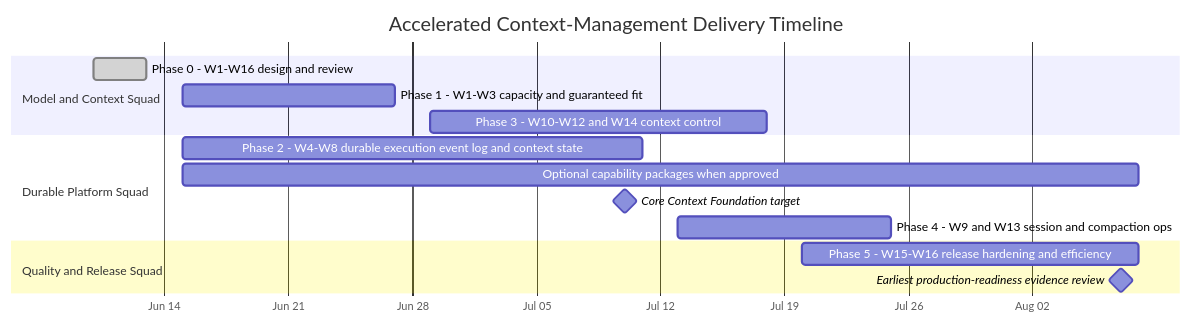
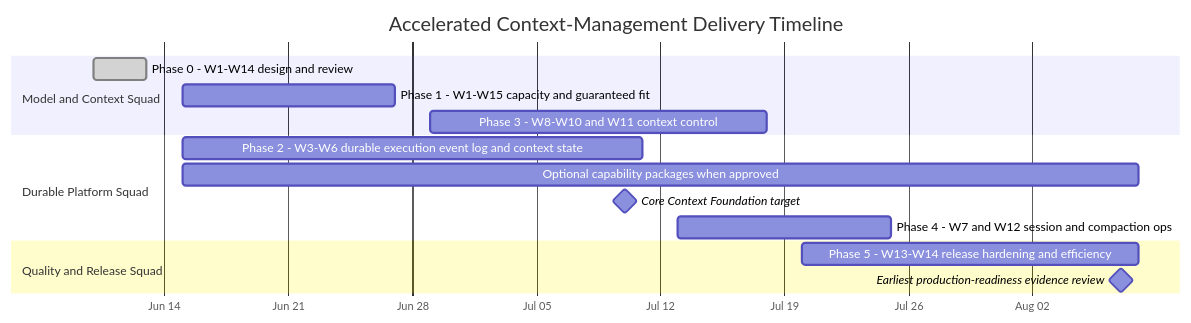
Before and after one commit to ModelEngine-Group/nexent: the fifth of 6 diagrams in doc/working/context-management-workstreams/context-management-production-plan.md, drawn with Mermaid. The commit also changed other lines of this file and 16 other files, not shown here.

First line of the commit message:
docs: renumber W-IDs to match new development sequence

````diff
--- a/doc/working/context-management-workstreams/context-management-production-plan.md
+++ b/doc/working/context-management-workstreams/context-management-production-plan.md
@@ -1161,21 +1161,21 @@
 ```mermaid
 gantt
     title Accelerated Context-Management Delivery Timeline
     dateFormat  YYYY-MM-DD
     axisFormat  %b %d
 
     section Model and Context Squad
-    Phase 0 - W1-W16 design and review                 :done, p0, 2026-06-10, 3d
-    Phase 1 - W1-W3 capacity and guaranteed fit        :p1, 2026-06-15, 12d
-    Phase 3 - W10-W12 and W14 context control          :p3, 2026-06-29, 19d
+    Phase 0 - W1-W14 design and review                 :done, p0, 2026-06-10, 3d
+    Phase 1 - W1-W15 capacity and guaranteed fit        :p1, 2026-06-15, 12d
+    Phase 3 - W8-W10 and W11 context control          :p3, 2026-06-29, 19d
 
     section Durable Platform Squad
-    Phase 2 - W4-W8 durable execution event log and context state   :p2, 2026-06-15, 26d
+    Phase 2 - W3-W6 durable execution event log and context state   :p2, 2026-06-15, 26d
     Optional capability packages when approved         :p17, 2026-06-15, 54d
     Core Context Foundation target                     :milestone, m1, 2026-07-10, 0d
-    Phase 4 - W9 and W13 session and compaction ops    :p4, 2026-07-13, 12d
+    Phase 4 - W7 and W12 session and compaction ops    :p4, 2026-07-13, 12d
 
     section Quality and Release Squad
-    Phase 5 - W15-W16 release hardening and efficiency :p5, 2026-07-20, 19d
+    Phase 5 - W13-W14 release hardening and efficiency :p5, 2026-07-20, 19d
     Earliest production-readiness evidence review      :milestone, m2, 2026-08-07, 0d
 ```
````
